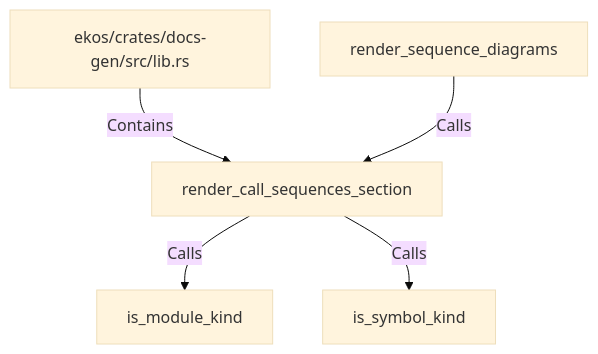
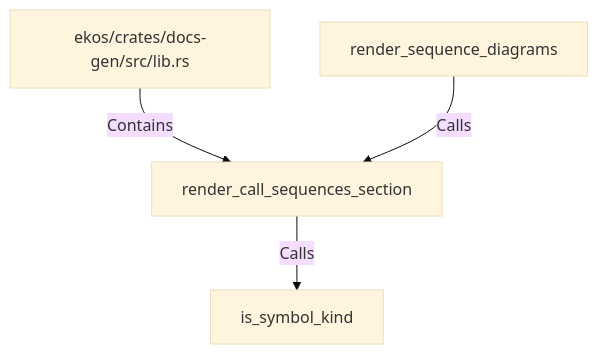
One commit to alexeyban/EKOS changed the diagram in doc/entities/rustsymbol/re/render-call-sequences-section.md. Above: the diagram before and after it, drawn with Mermaid (base theme). The commit also changed other lines of this file and 552 other files, not shown here.

````diff
--- a/doc/entities/rustsymbol/re/render-call-sequences-section.md
+++ b/doc/entities/rustsymbol/re/render-call-sequences-section.md
@@ -23,12 +22,10 @@
 ```mermaid
 graph TD
     nfbb1d6fecedd5ae7adeabdbf8ff8247e["render_call_sequences_section"]
     n6ca4fba018e559b798767dae72e2ce0e["ekos/crates/docs-gen/src/lib.rs"]
     n6ca4fba018e559b798767dae72e2ce0e -->|Contains| nfbb1d6fecedd5ae7adeabdbf8ff8247e
     n76f24b817126591abfa9c22e46862167["render_sequence_diagrams"]
     n76f24b817126591abfa9c22e46862167 -->|Calls| nfbb1d6fecedd5ae7adeabdbf8ff8247e
-    n849c06fbe0fc585aa181d0ff95b63305["is_module_kind"]
-    nfbb1d6fecedd5ae7adeabdbf8ff8247e -->|Calls| n849c06fbe0fc585aa181d0ff95b63305
     nc6edd30cc1215dad95d2155f5391c723["is_symbol_kind"]
     nfbb1d6fecedd5ae7adeabdbf8ff8247e -->|Calls| nc6edd30cc1215dad95d2155f5391c723
 ```
````
